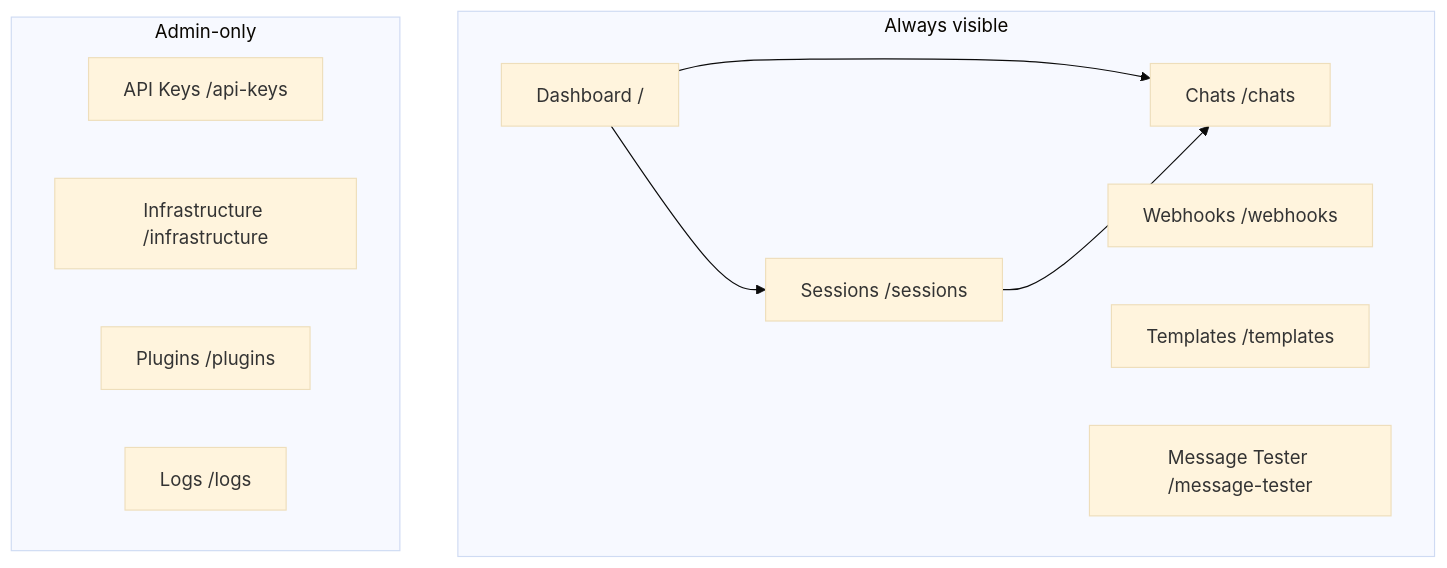
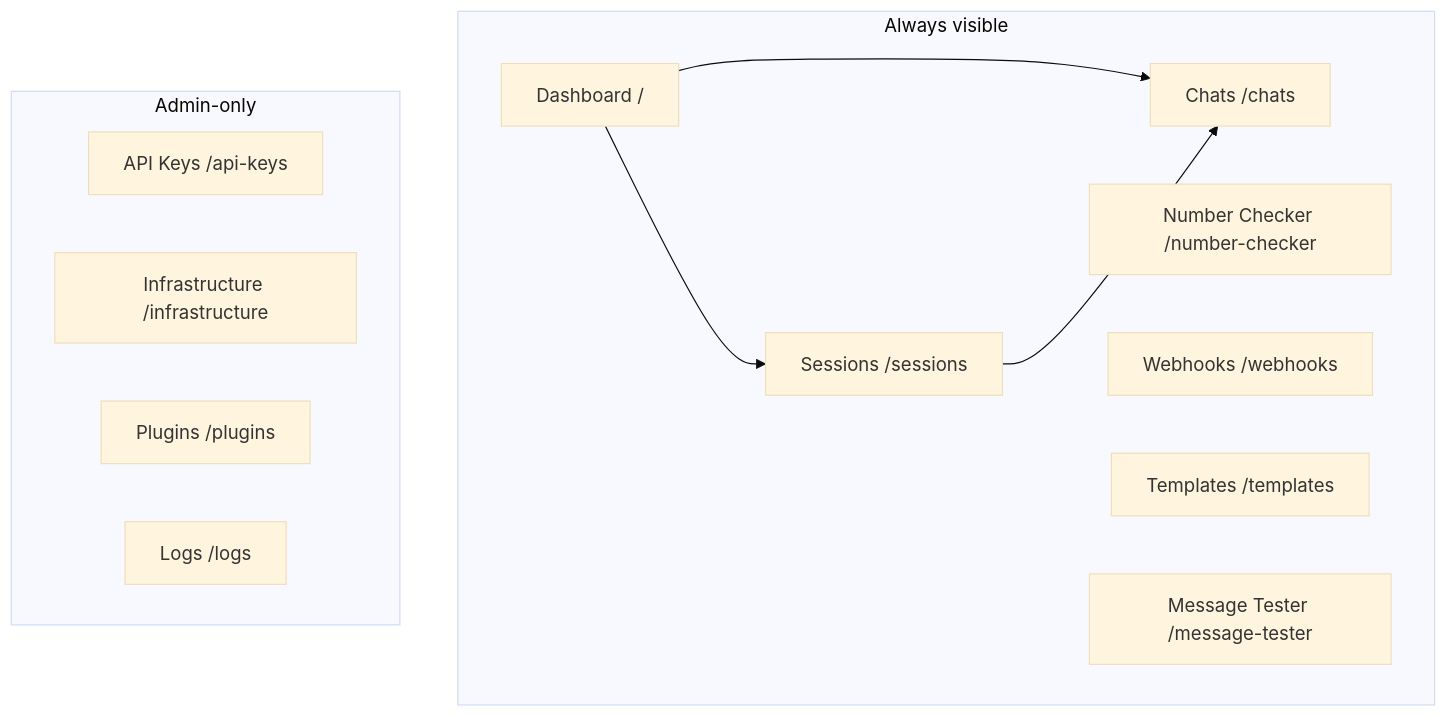
One commit to AM-2R/OpenWA changed the second of 2 diagrams in docs/17-dashboard-design.md. Above: the diagram before and after it, drawn with Mermaid (base theme). The commit also changed other lines of this file, not shown here.

Commit message:
docs(dashboard): list the Number Checker page
The route list and the sidebar diagram of the dashboard design page
stopped at the Message Tester. The sidebar also carries a Number
Checker entry between Chats and Webhooks, mounted for every role; the
number checks it makes need an OPERATOR key.

````diff
--- a/docs/17-dashboard-design.md
+++ b/docs/17-dashboard-design.md
@@ -76,22 +76,23 @@
 ```mermaid
 flowchart TB
     subgraph "Always visible"
         HOME[Dashboard /]
         SESSIONS[Sessions /sessions]
         CHATS[Chats /chats]
+        NUMBERS[Number Checker /number-checker]
         WEBHOOKS[Webhooks /webhooks]
         TEMPLATES[Templates /templates]
         TESTER[Message Tester /message-tester]
     end
 
     subgraph "Admin-only"
         APIKEYS[API Keys /api-keys]
         INFRA[Infrastructure /infrastructure]
         PLUGINS[Plugins /plugins]
         LOGS[Logs /logs]
     end
 
     HOME --> SESSIONS
     HOME --> CHATS
     SESSIONS --> CHATS
 ```
````
